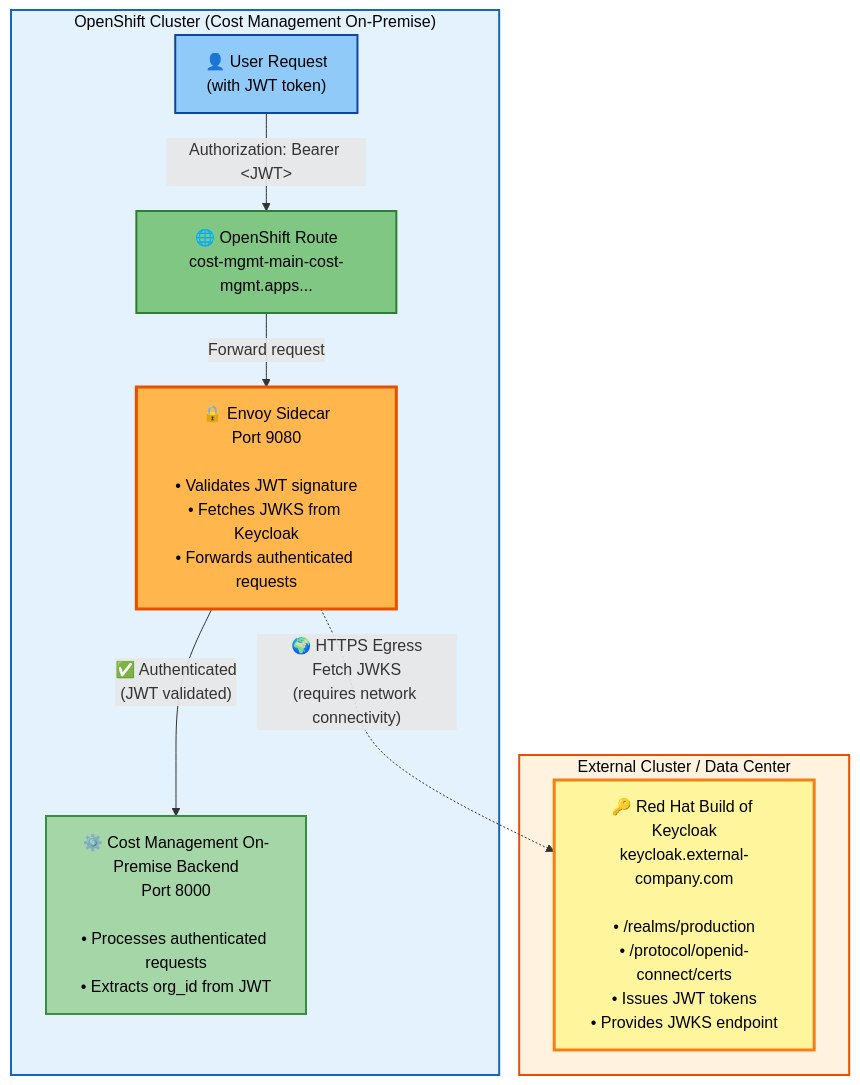
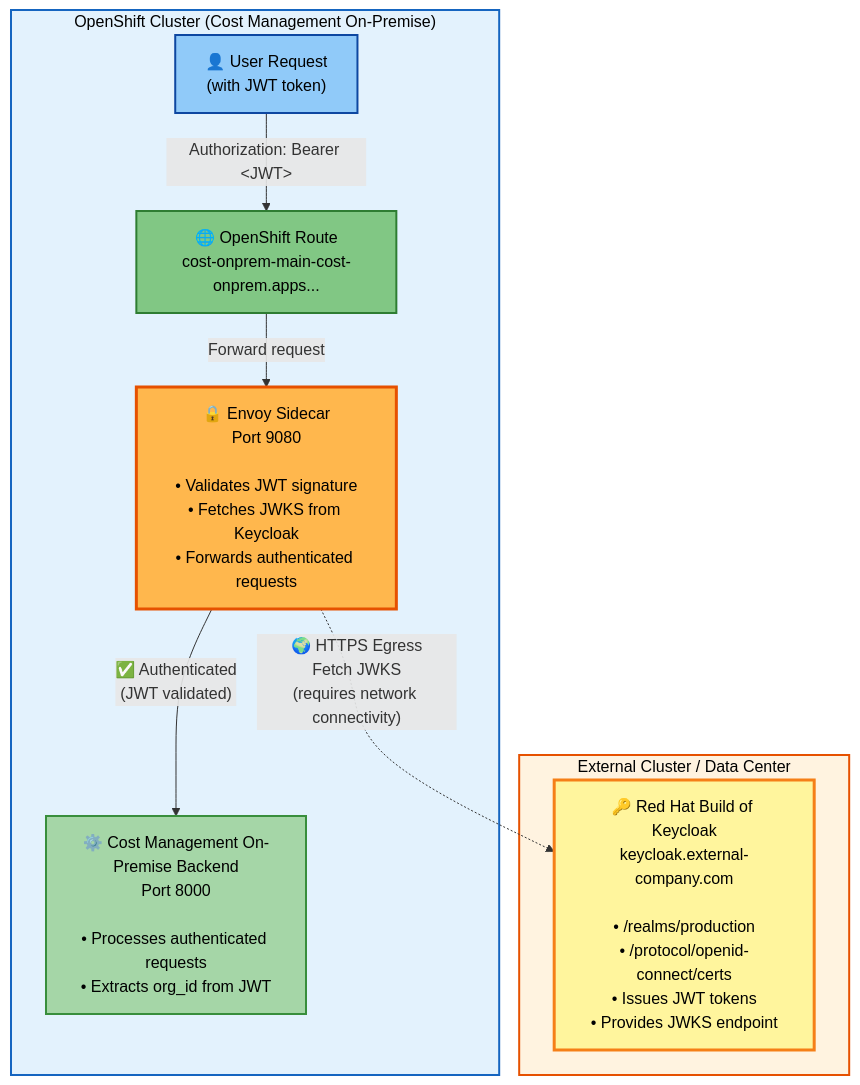
Before and after one commit to jordigilh/ros-helm-chart: the diagram in docs/external-keycloak-scenario.md, drawn with Mermaid. The commit also changed other lines of this file and 25 other files, not shown here.

Commit message:
Use cost-onprem as chart name and default namespace

````diff
--- a/docs/external-keycloak-scenario.md
+++ b/docs/external-keycloak-scenario.md
@@ -41,27 +41,27 @@
 ```mermaid
 graph TB
     subgraph ocp["OpenShift Cluster (Cost Management On-Premise)"]
         User["👤 User Request<br/>(with JWT token)"]
-        Route["🌐 OpenShift Route<br/>cost-mgmt-main-cost-mgmt.apps..."]
+        Route["🌐 OpenShift Route<br/>cost-onprem-main-cost-onprem.apps..."]
         Envoy["🔒 Envoy Sidecar<br/>Port 9080<br/><br/>• Validates JWT signature<br/>• Fetches JWKS from Keycloak<br/>• Forwards authenticated requests"]
         Backend["⚙️ Cost Management On-Premise Backend<br/>Port 8000<br/><br/>• Processes authenticated requests<br/>• Extracts org_id from JWT"]
 
         User -->|"Authorization: Bearer &lt;JWT&gt;"| Route
         Route -->|Forward request| Envoy
         Envoy -->|"✅ Authenticated<br/>(JWT validated)"| Backend
     end
 
     subgraph external["External Cluster / Data Center"]
         Keycloak["🔑 Red Hat Build of Keycloak<br/>keycloak.external-company.com<br/><br/>• /realms/production<br/>• /protocol/openid-connect/certs<br/>• Issues JWT tokens<br/>• Provides JWKS endpoint"]
     end
 
     Envoy -.->|"🌍 HTTPS Egress<br/>Fetch JWKS<br/>(requires network connectivity)"| Keycloak
 
     style ocp fill:#e3f2fd,stroke:#1565c0,stroke-width:2px,color:#000
     style external fill:#fff3e0,stroke:#e65100,stroke-width:2px,color:#000
     style User fill:#90caf9,stroke:#0d47a1,stroke-width:2px,color:#000
     style Route fill:#81c784,stroke:#2e7d32,stroke-width:2px,color:#000
     style Envoy fill:#ffb74d,stroke:#e65100,stroke-width:3px,color:#000
     style Backend fill:#a5d6a7,stroke:#388e3c,stroke-width:2px,color:#000
     style Keycloak fill:#fff59d,stroke:#f57f17,stroke-width:3px,color:#000
 ```
````
